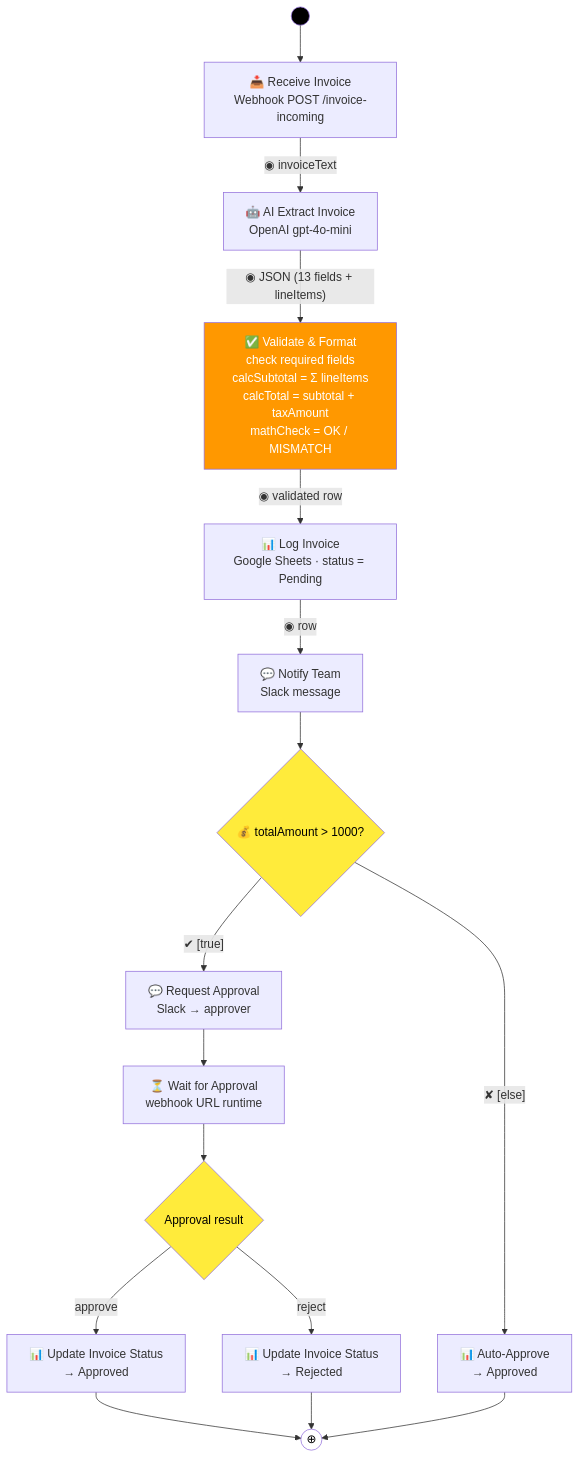
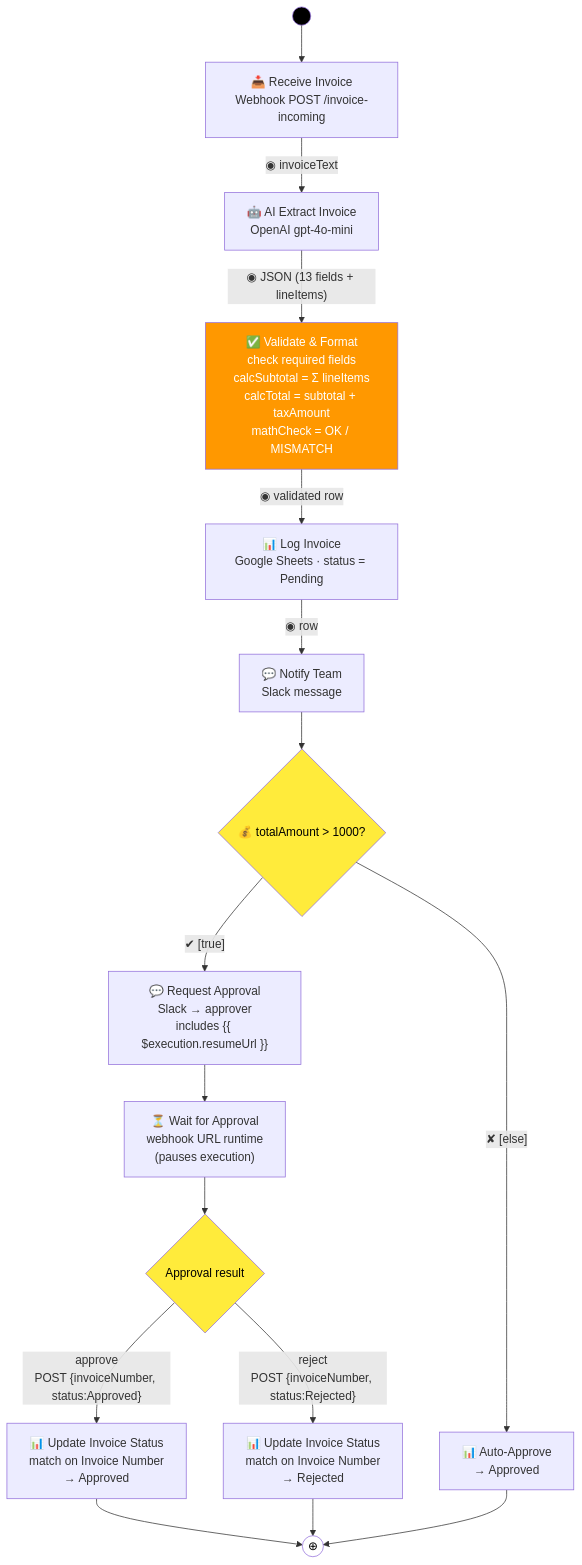
The second of 3 diagrams in activity-diagram.md (DoTuanPhong/make_-Invoice-processing-automated-workflow), drawn with Mermaid before and after one commit. The commit also changed other lines of this file and 3 other files, not shown here.

Commit message:
Enhance approval flow for high-value invoices: include resume URL in Slack notifications and update invoice status based on approval results. Improve sequence diagram and README for clarity on webhook interactions and processing steps.

````diff
--- a/activity-diagram.md
+++ b/activity-diagram.md
@@ -51,27 +51,27 @@
 ```mermaid
 flowchart TD
     START((●)) --> A["📥 Receive Invoice<br/>Webhook POST /invoice-incoming"]
     A -->|"◉ invoiceText"| B["🤖 AI Extract Invoice<br/>OpenAI gpt-4o-mini"]
     B -->|"◉ JSON (13 fields + lineItems)"| C["✅ Validate & Format<br/>check required fields<br/>calcSubtotal = Σ lineItems<br/>calcTotal = subtotal + taxAmount<br/>mathCheck = OK / MISMATCH"]
     C -->|"◉ validated row"| D["📊 Log Invoice<br/>Google Sheets · status = Pending"]
     D -->|"◉ row"| E["💬 Notify Team<br/>Slack message"]
     E --> F{"💰 totalAmount > 1000?"}
 
-    F -->|"✔ [true]"| G["💬 Request Approval<br/>Slack → approver"]
-    G --> H["⏳ Wait for Approval<br/>webhook URL runtime"]
+    F -->|"✔ [true]"| G["💬 Request Approval<br/>Slack → approver<br/>includes {{ $execution.resumeUrl }}"]
+    G --> H["⏳ Wait for Approval<br/>webhook URL runtime<br/>(pauses execution)"]
     H --> M{"Approval result"}
-    M -->|"approve"| I["📊 Update Invoice Status<br/>→ Approved"]
-    M -->|"reject"| I2["📊 Update Invoice Status<br/>→ Rejected"]
+    M -->|"approve<br/>POST {invoiceNumber, status:Approved}"| I["📊 Update Invoice Status<br/>match on Invoice Number<br/>→ Approved"]
+    M -->|"reject<br/>POST {invoiceNumber, status:Rejected}"| I2["📊 Update Invoice Status<br/>match on Invoice Number<br/>→ Rejected"]
 
     F -->|"✘ [else]"| J["📊 Auto-Approve<br/>→ Approved"]
 
     I --> K((⊕))
     I2 --> K
     J --> K
 
     style START fill:#000,color:#000
     style K fill:#fff,color:#000
     style F fill:#FFEB3B,color:#000
     style M fill:#FFEB3B,color:#000
     style C fill:#FF9800,color:#fff
 ```
````
